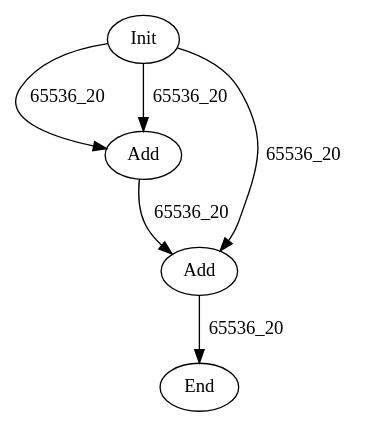
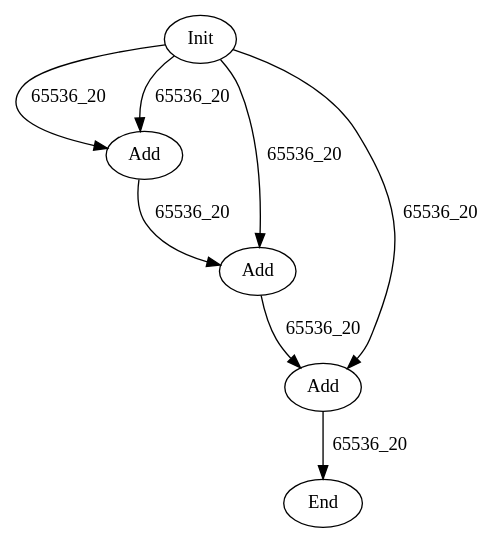
One commit to hal-lab-u-tokyo/PolyFHE changed the diagram in data/graph_poly.dot. Above: the diagram before and after it, drawn with Graphviz. The commit also changed 3 other files, not shown here.

```diff
--- a/data/graph_poly.dot
+++ b/data/graph_poly.dot
@@ -1,11 +1,14 @@
 digraph G {
 Init[label="Init"];
 HAdd0[label="Add"];
 HAdd1[label="Add"];
+HAdd2[label="Add"];
 End[label="End"];
 Init->HAdd0[label="65536_20"];
 Init->HAdd0[label="65536_20"];
+Init->HAdd1[label="65536_20"];
+Init->HAdd2[label="65536_20"];
 HAdd0->HAdd1[label="65536_20"];
-Init->HAdd1[label="65536_20"];
-HAdd1->End[label="65536_20"];
+HAdd1->HAdd2[label="65536_20"];
+HAdd2->End[label="65536_20"];
 }
```
